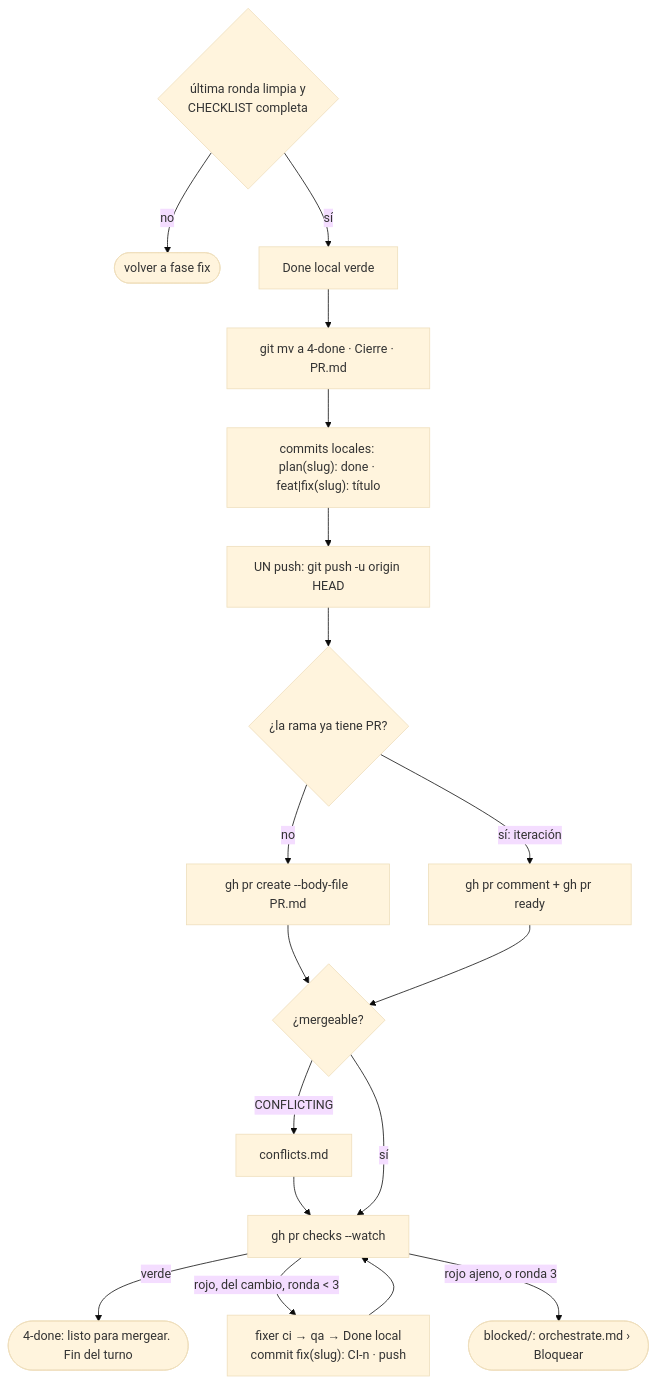
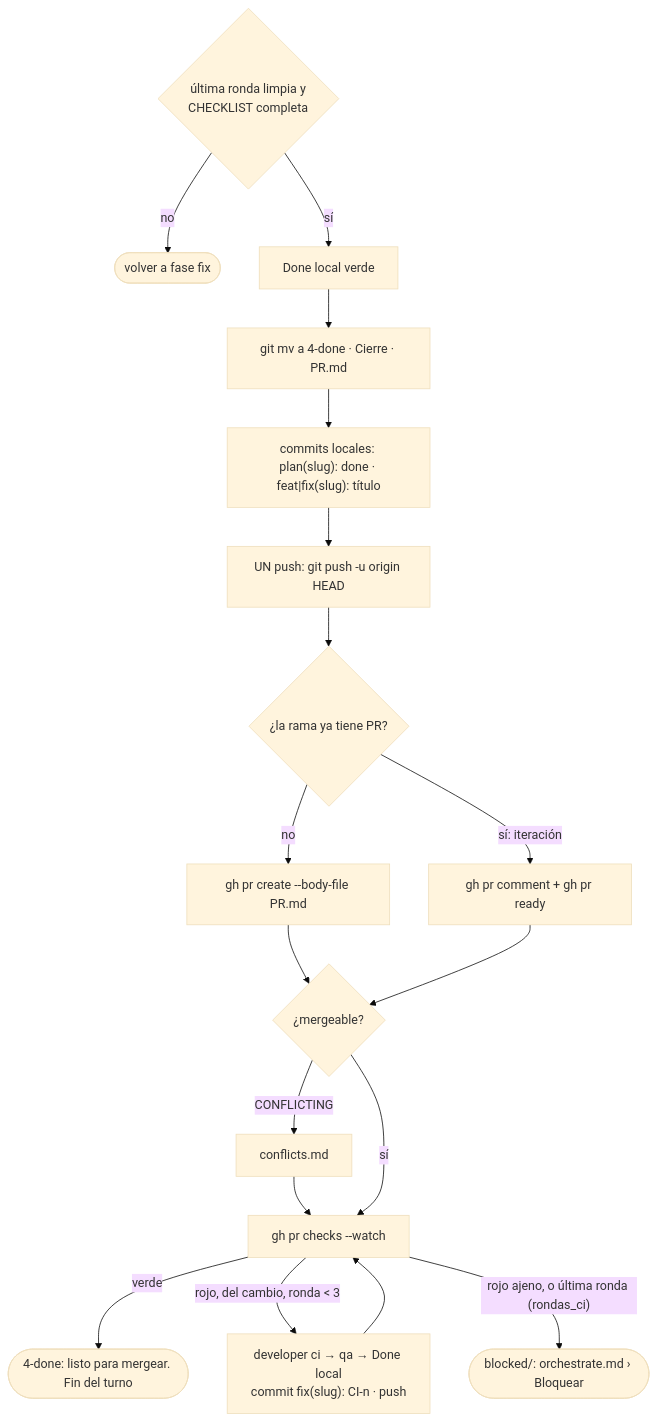
The diagram in skills/workflow/references/pr.md (octavio-parozlabs/mindstack), drawn with Mermaid (base theme) before and after one commit. The commit also changed other lines of this file and 52 other files, not shown here.

````diff
--- a/skills/workflow/references/pr.md
+++ b/skills/workflow/references/pr.md
@@ -5,17 +5,17 @@
 ```mermaid
 flowchart TD
     V{"última ronda limpia y\nCHECKLIST completa"} -- no --> STOP([volver a fase fix])
     V -- sí --> D[Done local verde]
     D --> MV["git mv a 4-done · Cierre · PR.md"]
     MV --> CC["commits locales: plan(slug): done · feat|fix(slug): título"]
     CC --> P["UN push: git push -u origin HEAD"]
     P --> G{¿la rama ya tiene PR?}
     G -- no --> NEW[gh pr create --body-file PR.md]
     G -- "sí: iteración" --> IT[gh pr comment + gh pr ready]
     NEW & IT --> X{¿mergeable?}
     X -- CONFLICTING --> CF[conflicts.md] --> W
     X -- sí --> W["gh pr checks --watch"]
     W -- verde --> OK([4-done: listo para mergear. Fin del turno])
-    W -- "rojo, del cambio, ronda < 3" --> F["fixer ci → qa → Done local\ncommit fix(slug): CI-n · push"] --> W
-    W -- "rojo ajeno, o ronda 3" --> BL([blocked/: orchestrate.md › Bloquear])
+    W -- "rojo, del cambio, ronda < 3" --> F["developer ci → qa → Done local\ncommit fix(slug): CI-n · push"] --> W
+    W -- "rojo ajeno, o última ronda (rondas_ci)" --> BL([blocked/: orchestrate.md › Bloquear])
 ```
````
